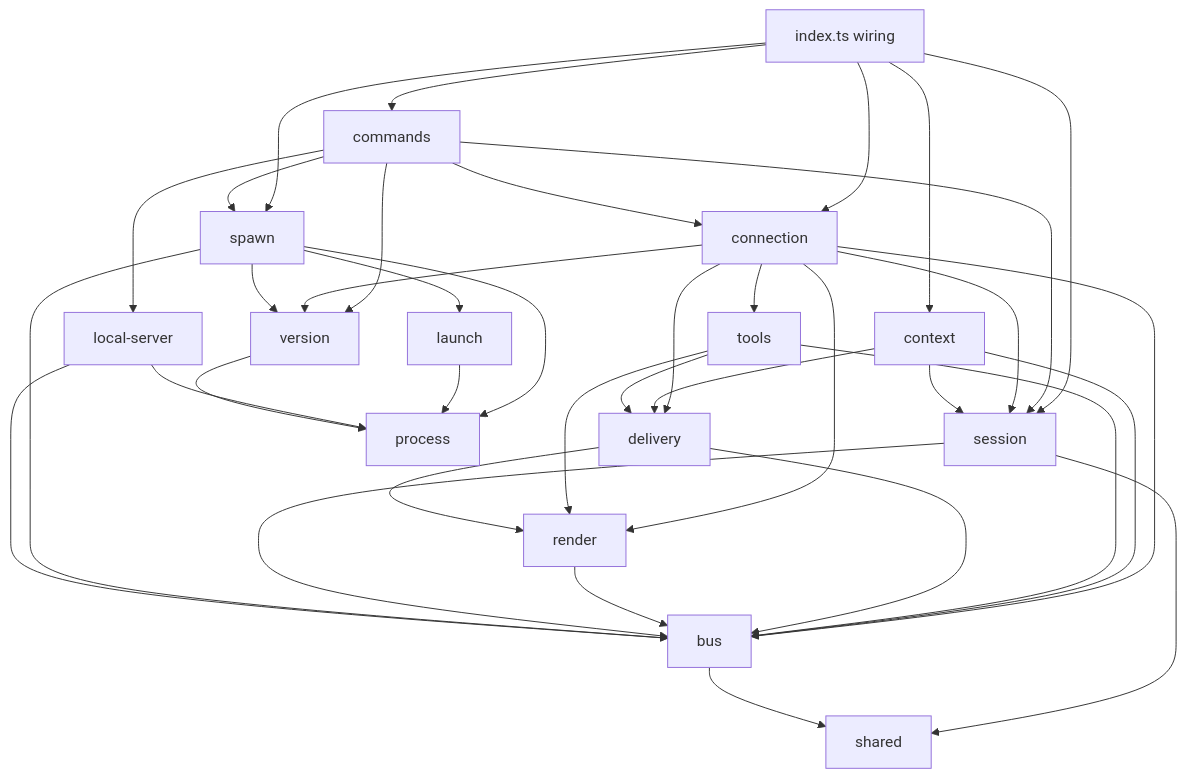
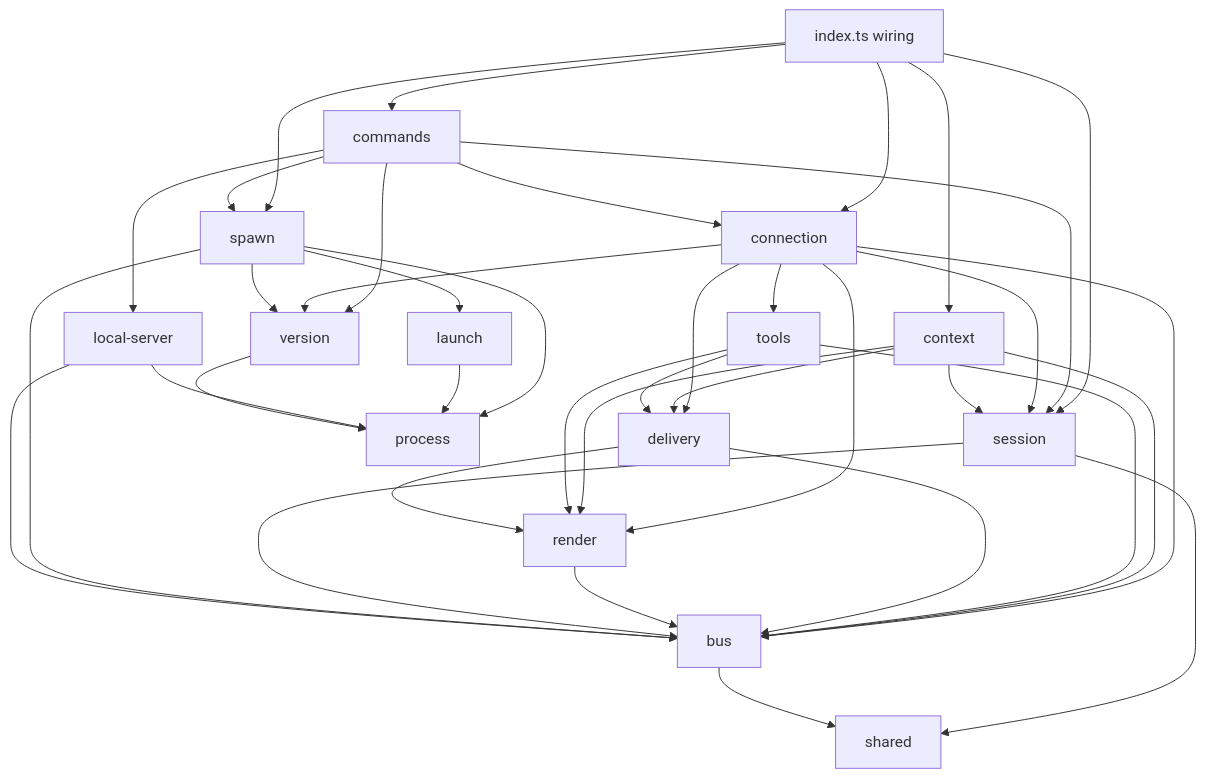
Before and after one commit to till-muellers/agent-message-bus: the first of 2 diagrams in docs/design/arch/client.md, drawn with Mermaid. The commit also changed other lines of this file and 23 other files, not shown here.

````diff
--- a/docs/design/arch/client.md
+++ b/docs/design/arch/client.md
@@ -114,39 +114,40 @@
 ```mermaid
 flowchart TD
   index[index.ts wiring] --> session
   index --> commands
   index --> spawn
   index --> connection
   index --> context
   commands --> session
   commands --> connection
   commands --> localserver[local-server]
   commands --> spawn
   commands --> version
   connection --> session
   connection --> tools
   connection --> delivery
   connection --> version
   connection --> bus
   connection --> render
   context --> delivery
+  context --> render
   context --> bus
   context --> session
   tools --> delivery
   tools --> render
   tools --> bus
   delivery --> render
   delivery --> bus
   render --> bus
   session --> bus
   session --> shared
   spawn --> launch
   spawn --> version
   spawn --> bus
   spawn --> process
   launch --> process
   localserver --> process
   localserver --> bus
   version --> process
   bus --> shared
 ```
````
